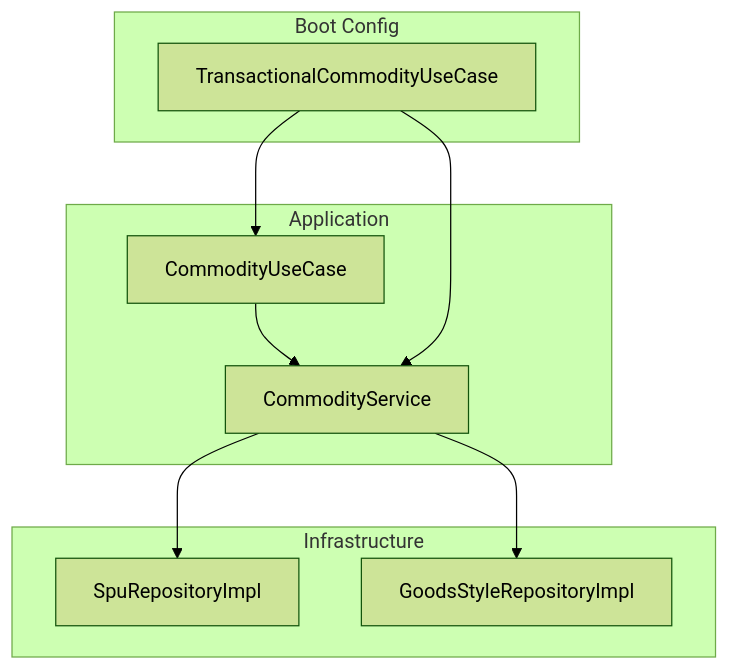
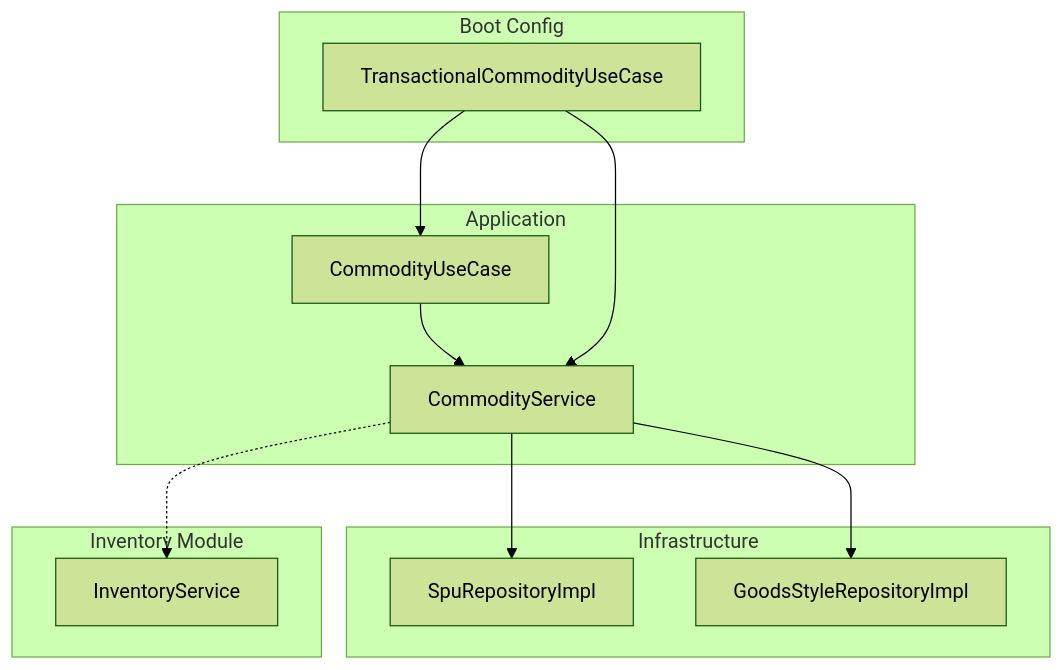
One commit to ddd-mall/j-store changed the first of 6 diagrams in .qoder/repowiki/en/content/Goods Catalog Module/Commodity Service Layer/Commodity Service Layer.md. Above: the diagram before and after it, drawn with Mermaid (forest theme). The commit also changed other lines of this file and 334 other files, not shown here.

````diff
--- a/.qoder/repowiki/en/content/Goods Catalog Module/Commodity Service Layer/Commodity Service Layer.md
+++ b/.qoder/repowiki/en/content/Goods Catalog Module/Commodity Service Layer/Commodity Service Layer.md
@@ -32,19 +43,23 @@
 ```mermaid
 graph TB
 subgraph "Application"
 UC["CommodityUseCase"]
 SVC["CommodityService"]
 end
 subgraph "Infrastructure"
 SRepo["SpuRepositoryImpl"]
 GRepo["GoodsStyleRepositoryImpl"]
 end
 subgraph "Boot Config"
 TX["TransactionalCommodityUseCase"]
 end
+subgraph "Inventory Module"
+INV["InventoryService"]
+end
 UC --> SVC
 SVC --> SRepo
 SVC --> GRepo
 TX --> SVC
 TX --> UC
+SVC -.-> INV
 ```
````
